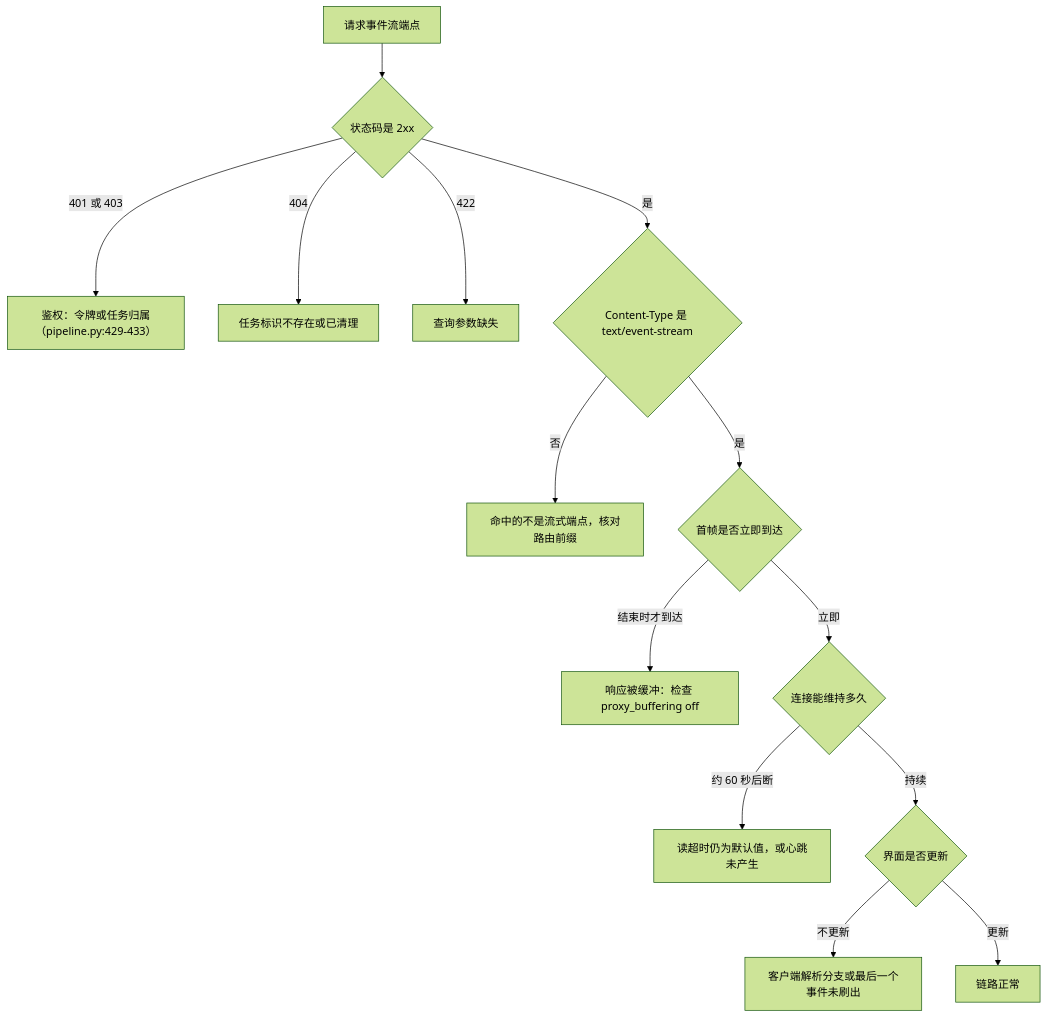
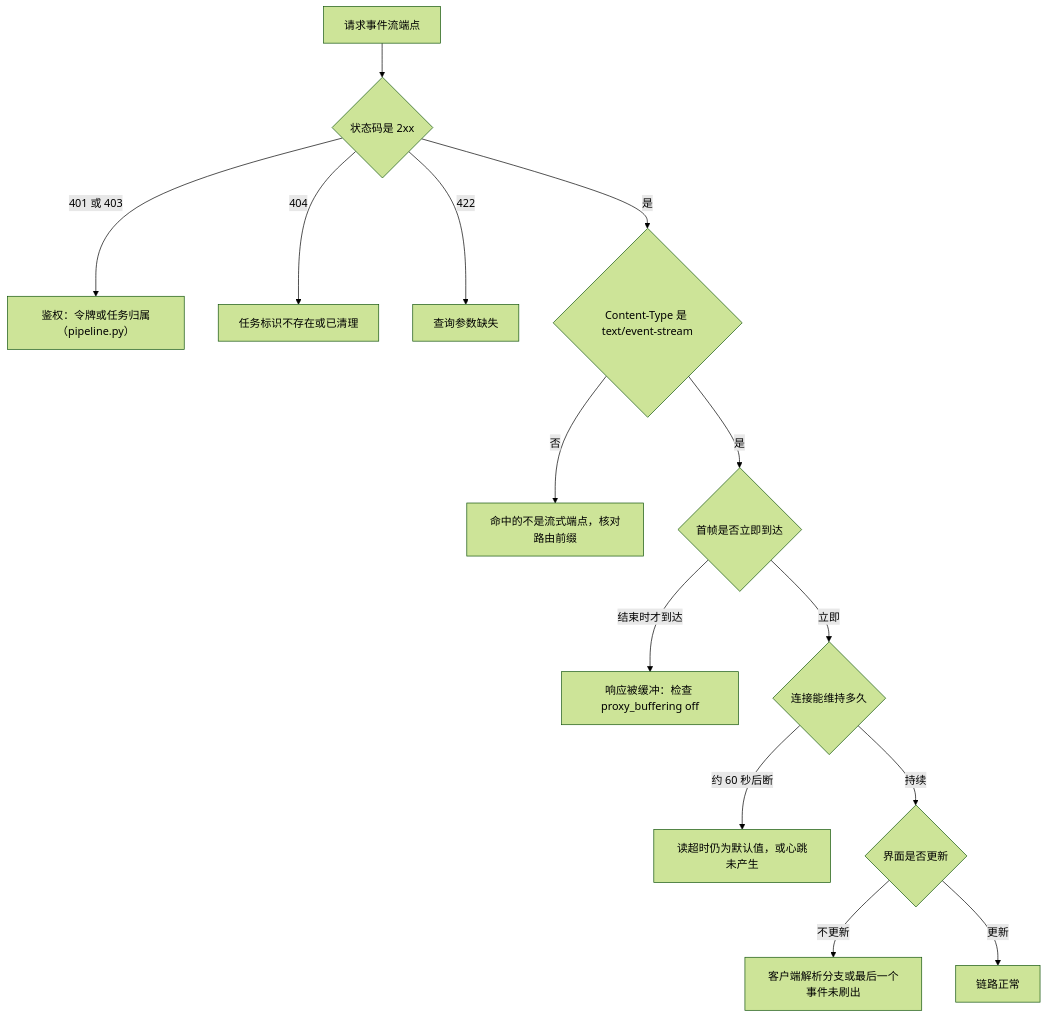
The second of 2 diagrams in docs/32-nginx 配置/03-SSE与流式代理/04-验证与排错.md (TC635807/TC63PersonalWebsite), drawn with Mermaid (forest theme) before and after one commit. The commit also changed other lines of this file and 563 other files, not shown here.

````diff
--- a/docs/32-nginx 配置/03-SSE与流式代理/04-验证与排错.md
+++ b/docs/32-nginx 配置/03-SSE与流式代理/04-验证与排错.md
@@ -78,16 +78,16 @@
 ```mermaid
 flowchart TD
     A["请求事件流端点"] --> B{"状态码是 2xx"}
-    B -->|"401 或 403"| B1["鉴权：令牌或任务归属（pipeline.py:429-433）"]
+    B -->|"401 或 403"| B1["鉴权：令牌或任务归属（pipeline.py）"]
     B -->|"404"| B2["任务标识不存在或已清理"]
     B -->|"422"| B3["查询参数缺失"]
     B -->|"是"| C{"Content-Type 是 text/event-stream"}
     C -->|"否"| C1["命中的不是流式端点，核对路由前缀"]
     C -->|"是"| D{"首帧是否立即到达"}
     D -->|"结束时才到达"| D1["响应被缓冲：检查 proxy_buffering off"]
     D -->|"立即"| E{"连接能维持多久"}
     E -->|"约 60 秒后断"| E1["读超时仍为默认值，或心跳未产生"]
     E -->|"持续"| F{"界面是否更新"}
     F -->|"不更新"| F1["客户端解析分支或最后一个事件未刷出"]
     F -->|"更新"| G["链路正常"]
 ```
````
